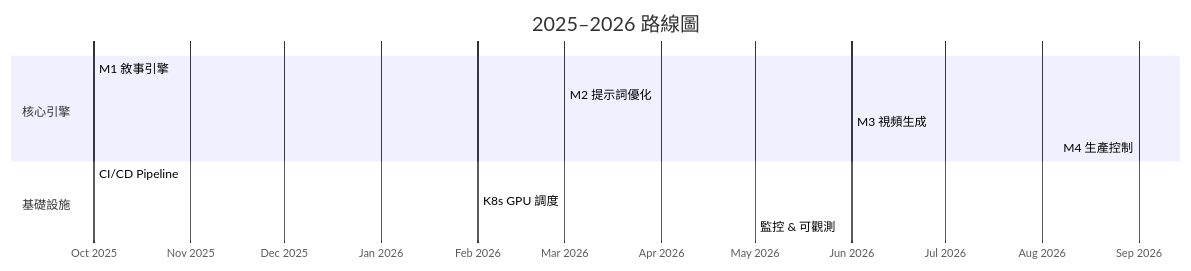
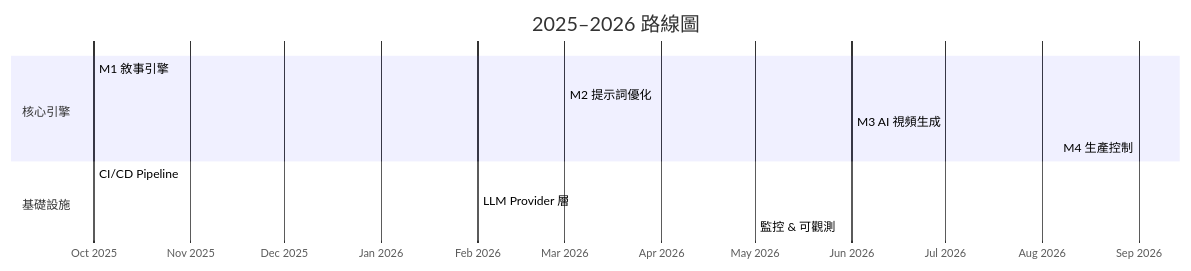
The third of 3 diagrams in README.md (iiooiioo888/AI_test), drawn with Mermaid before and after one commit. The commit also changed other lines of this file, not shown here.

Commit message:
docs: fix architecture — use external LLM API providers instead of self-hosted GPU inference

````diff
--- a/README.md
+++ b/README.md
@@ -282,17 +283,17 @@
 ```mermaid
 gantt
     title 2025–2026 路線圖
     dateFormat YYYY-MM
     axisFormat %b %Y
 
     section 核心引擎
     M1 敘事引擎          :done,    m1, 2025-10, 5m
     M2 提示詞優化        :active,  m2, 2026-03, 3m
-    M3 視頻生成          :         m3, 2026-06, 3m
+    M3 AI 視頻生成       :         m3, 2026-06, 3m
     M4 生產控制          :         m4, 2026-09, 3m
 
     section 基礎設施
     CI/CD Pipeline      :done,    ci, 2025-10, 3m
-    K8s GPU 調度         :active,  k8s, 2026-02, 3m
+    LLM Provider 層     :active,  llm, 2026-02, 3m
     監控 & 可觀測        :         mon, 2026-05, 2m
 ```
````
